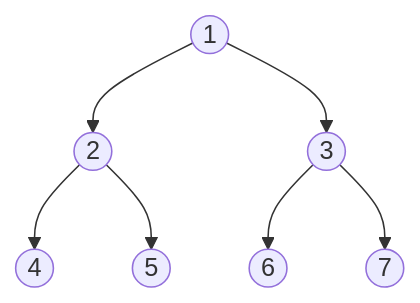
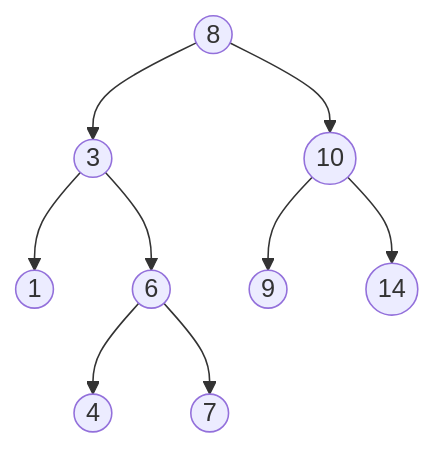
One commit to vikas-movva/Obsidian changed the diagram in School/CP312 Algorithm Design and Analysis/Lesson 7.md. Above: the diagram before and after it, drawn with Mermaid. The commit also changed other lines of this file, not shown here.

Commit message:
vault backup: 2024-01-29 15:47:30

````diff
--- a/School/CP312 Algorithm Design and Analysis/Lesson 7.md
+++ b/School/CP312 Algorithm Design and Analysis/Lesson 7.md
@@ -15,9 +15,11 @@
 ```mermaid
 graph TB;
-    A((1))-->B((2))
-    A-->C((3));
-    B-->E((4))
-    B-->F((5))
-    C-->H((6))
-    C-->I((7))
+    A((8))-->B((3))
+    A-->C((10))
+    B-->D((1))
+    B-->E((6))
+    C-->F((9))
+    C-->G((14))
+    E-->H((4))
+    E-->I((7))
 ```
````
